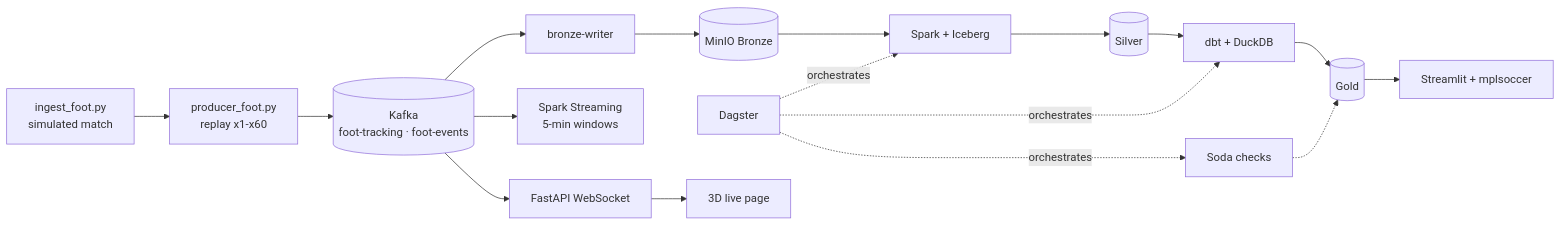
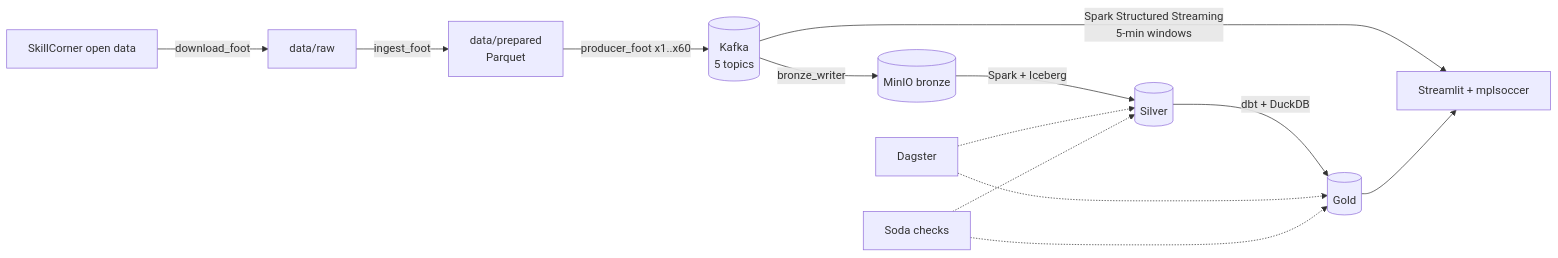
Before and after one commit to Anaximandr0s/football-data-platform: the diagram in README.md, drawn with Mermaid. The commit also changed other lines of this file and 2 other files, not shown here.

Commit message:
docs: rewrite the README and CONTRIBUTING, credit SkillCorner in NOTICE

````diff
--- a/README.md
+++ b/README.md
@@ -11,13 +12,13 @@
 ```mermaid
 flowchart LR
-  G[ingest_foot.py<br/>simulated match] --> P[producer_foot.py<br/>replay x1-x60]
-  P --> K[(Kafka<br/>foot-tracking · foot-events)]
-  K --> BW[bronze-writer] --> BR[(MinIO Bronze)]
-  BR --> SP[Spark + Iceberg] --> SI[(Silver)]
-  SI --> DBT[dbt + DuckDB] --> GO[(Gold)]
-  SOD[Soda checks] -.-> GO
-  DAG[Dagster] -.orchestrates.-> SP & DBT & SOD
-  K --> SS[Spark Streaming<br/>5-min windows]
-  K --> API[FastAPI WebSocket] --> WEB[3D live page]
-  GO --> ST[Streamlit + mplsoccer]
+    SC[SkillCorner open data] -->|download_foot| RAW[data/raw]
+    RAW -->|ingest_foot| PAR[data/prepared<br/>Parquet]
+    PAR -->|producer_foot x1..x60| K[(Kafka<br/>5 topics)]
+    K -->|bronze_writer| BR[(MinIO bronze)]
+    BR -->|Spark + Iceberg| SI[(Silver)]
+    SI -->|dbt + DuckDB| GO[(Gold)]
+    K -->|Spark Structured Streaming<br/>5-min windows| ST[Streamlit + mplsoccer]
+    GO --> ST
+    DAG[Dagster] -.-> SI & GO
+    SODA[Soda checks] -.-> SI & GO
 ```
````
